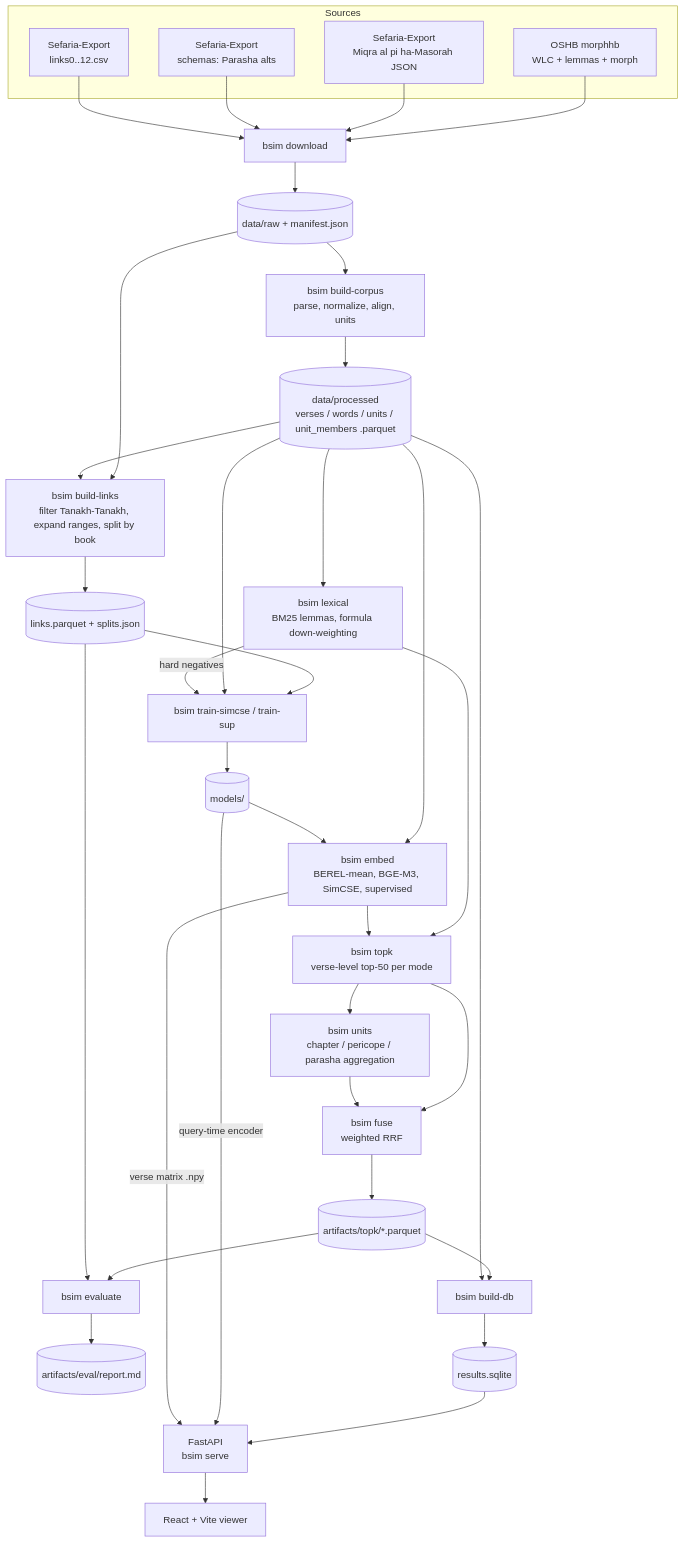
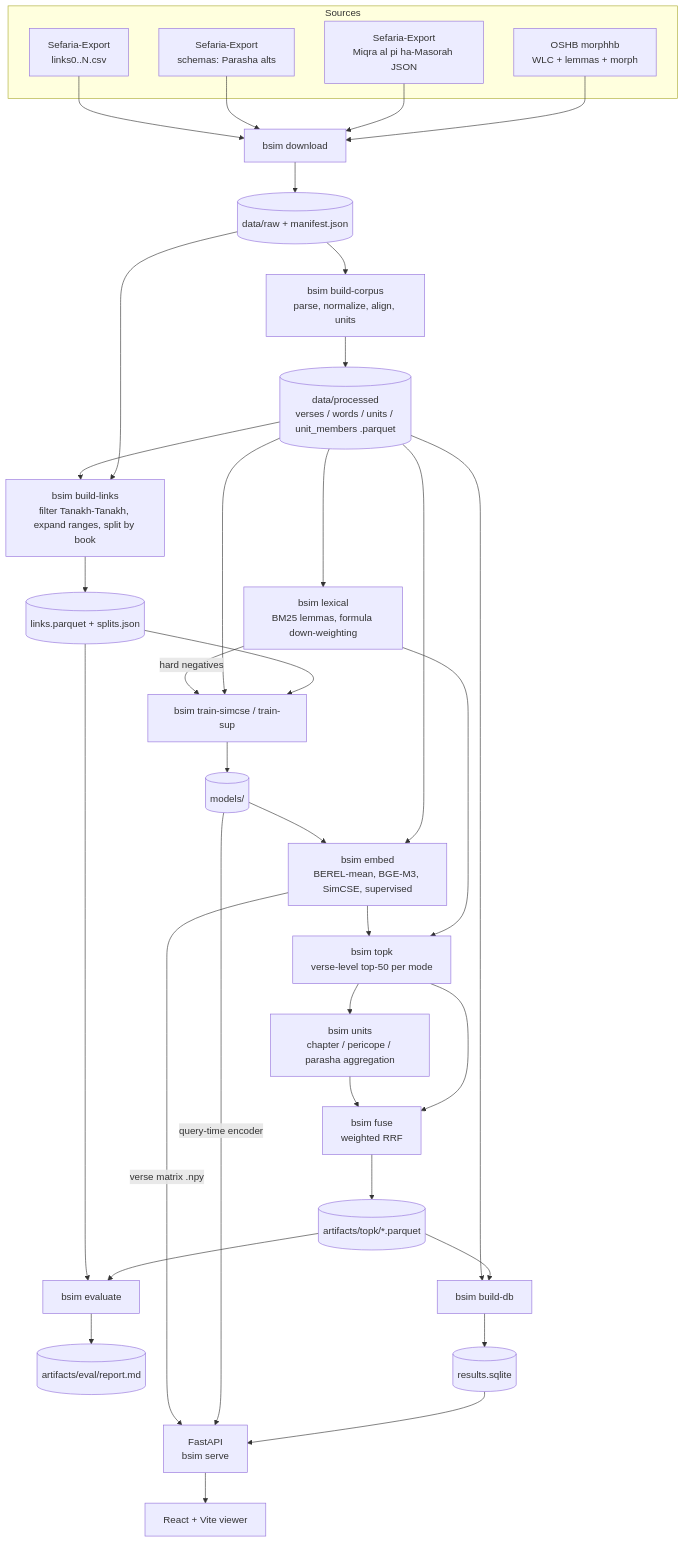
Before and after one commit to danielihazkel/bible-similarity: the diagram in docs/ARCHITECTURE.md, drawn with Mermaid. The commit also changed 11 other files, not shown here.

````diff
--- a/docs/ARCHITECTURE.md
+++ b/docs/ARCHITECTURE.md
@@ -24,50 +24,50 @@
 ```mermaid
 flowchart TD
     subgraph Sources
         OSHB[OSHB morphhb<br/>WLC + lemmas + morph]
         MAM[Sefaria-Export<br/>Miqra al pi ha-Masorah JSON]
         SCH[Sefaria-Export<br/>schemas: Parasha alts]
-        LNK[Sefaria-Export<br/>links0..12.csv]
+        LNK[Sefaria-Export<br/>links0..N.csv]
     end
 
     OSHB --> DL[bsim download]
     MAM --> DL
     SCH --> DL
     LNK --> DL
     DL --> RAW[(data/raw + manifest.json)]
 
     RAW --> CORPUS[bsim build-corpus<br/>parse, normalize, align, units]
     CORPUS --> PROC[(data/processed<br/>verses / words / units / unit_members .parquet)]
 
     RAW --> LINKS[bsim build-links<br/>filter Tanakh-Tanakh, expand ranges, split by book]
     PROC --> LINKS
     LINKS --> GOLD[(links.parquet + splits.json)]
 
     PROC --> LEX[bsim lexical<br/>BM25 lemmas, formula down-weighting]
     PROC --> EMB[bsim embed<br/>BEREL-mean, BGE-M3, SimCSE, supervised]
     GOLD --> TRAIN[bsim train-simcse / train-sup]
     PROC --> TRAIN
     LEX -->|hard negatives| TRAIN
     TRAIN --> MODELS[(models/)]
     MODELS --> EMB
 
     LEX --> TOPK[bsim topk<br/>verse-level top-50 per mode]
     EMB --> TOPK
     TOPK --> UNITS[bsim units<br/>chapter / pericope / parasha aggregation]
     TOPK --> FUSE[bsim fuse<br/>weighted RRF]
     UNITS --> FUSE
     FUSE --> ART[(artifacts/topk/*.parquet)]
 
     ART --> EVAL[bsim evaluate]
     GOLD --> EVAL
     EVAL --> REP[(artifacts/eval/report.md)]
 
     ART --> DB[bsim build-db]
     PROC --> DB
     DB --> SQL[(results.sqlite)]
 
     SQL --> API[FastAPI<br/>bsim serve]
     MODELS -->|query-time encoder| API
     EMB -->|verse matrix .npy| API
     API --> WEB[React + Vite viewer]
 ```
````
